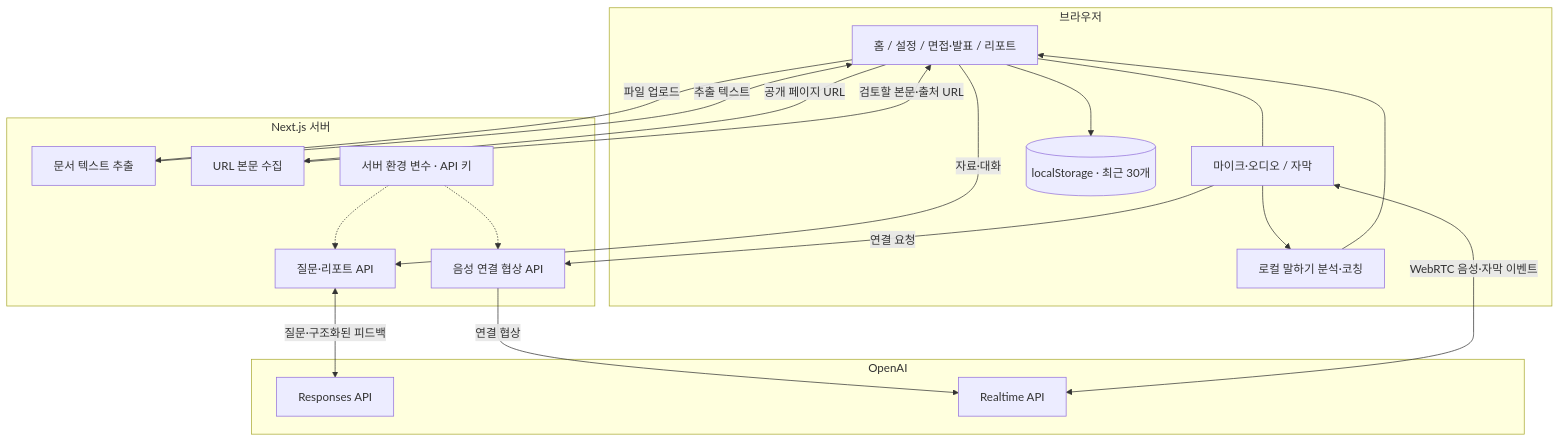
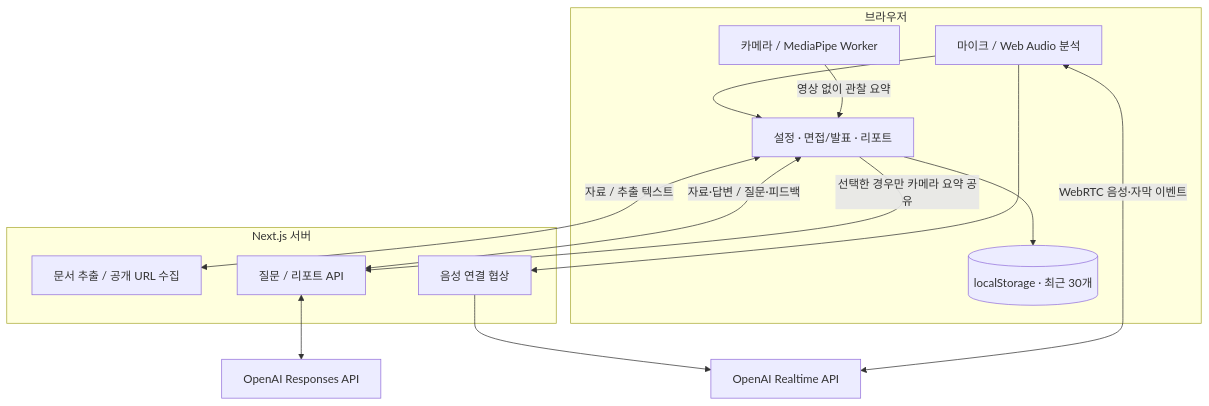
One commit to luckyandy7/rehearsal-studio changed the second of 2 diagrams in README.md. Above: the diagram before and after it, drawn with Mermaid. The commit also changed other lines of this file and 5 other files, not shown here.

Commit message:
Restructure README with current screenshots architecture and verification

````diff
--- a/README.md
+++ b/README.md
@@ -156,37 +178,24 @@
 ```mermaid
 flowchart TB
-    subgraph Browser[브라우저]
-        UI[홈 / 설정 / 면접·발표 / 리포트]
-        Voice[마이크·오디오 / 자막]
-        Storage[(localStorage · 최근 30개)]
-        UI --> Storage
-        UI --- Voice
-        Voice --> Meter[로컬 말하기 분석·코칭]
-        Meter --> UI
+    subgraph Browser["브라우저"]
+        UI["설정 · 면접/발표 · 리포트"]
+        Audio["마이크 / Web Audio 분석"]
+        Camera["카메라 / MediaPipe Worker"]
+        Store[("localStorage · 최근 30개")]
+        Audio --> UI
+        Camera -->|"영상 없이 관찰 요약"| UI
+        UI --> Store
     end
-
-    subgraph Server[Next.js 서버]
-        Extract[문서 텍스트 추출]
-        Import[URL 본문 수집]
-        TextAPI[질문·리포트 API]
-        Connect[음성 연결 협상 API]
-        Key[서버 환경 변수 · API 키]
-        Key -.-> TextAPI
-        Key -.-> Connect
+    subgraph Server["Next.js 서버"]
+        Materials["문서 추출 / 공개 URL 수집"]
+        API["질문 / 리포트 API"]
+        Connect["음성 연결 협상"]
     end
-
-    subgraph OpenAI[OpenAI]
-        Responses[Responses API]
-        Realtime[Realtime API]
-    end
-
-    UI -->|공개 페이지 URL| Import
-    Import -->|검토할 본문·출처 URL| UI
-    UI -->|파일 업로드| Extract
-    Extract -->|추출 텍스트| UI
-    UI -->|자료·대화| TextAPI
-    TextAPI <-->|질문·구조화된 피드백| Responses
-    Voice -->|연결 요청| Connect
-    Connect -->|연결 협상| Realtime
-    Voice <-->|WebRTC 음성·자막 이벤트| Realtime
+    UI <-->|"자료 / 추출 텍스트"| Materials
+    UI <-->|"자료·답변 / 질문·피드백"| API
+    UI -->|"선택한 경우만 카메라 요약 공유"| API
+    API <--> Responses["OpenAI Responses API"]
+    Audio --> Connect
+    Connect --> Realtime["OpenAI Realtime API"]
+    Audio <-->|"WebRTC 음성·자막 이벤트"| Realtime
 ```
````
